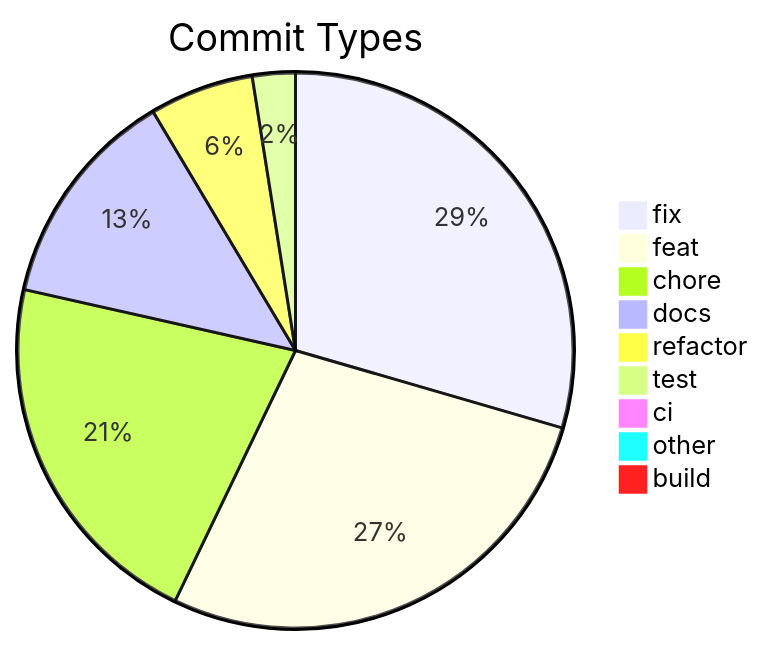
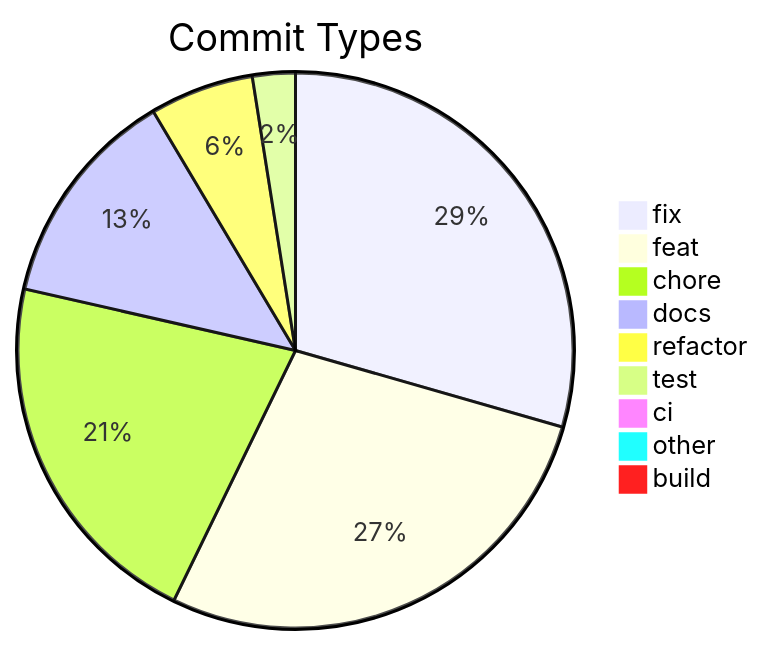
Before and after one commit to svenroth-ai/shipwright: the diagram in .shipwright/compliance/change-history.md, drawn with Mermaid. The commit also changed other lines of this file and 30 other files, not shown here.

````diff
--- a/.shipwright/compliance/change-history.md
+++ b/.shipwright/compliance/change-history.md
@@ -8,12 +8,12 @@
 ```mermaid
 pie title Commit Types
     "fix" : 331
-    "feat" : 310
+    "feat" : 312
     "chore" : 240
     "docs" : 145
     "refactor" : 68
     "test" : 28
     "ci" : 11
     "other" : 9
     "build" : 1
 ```
````
